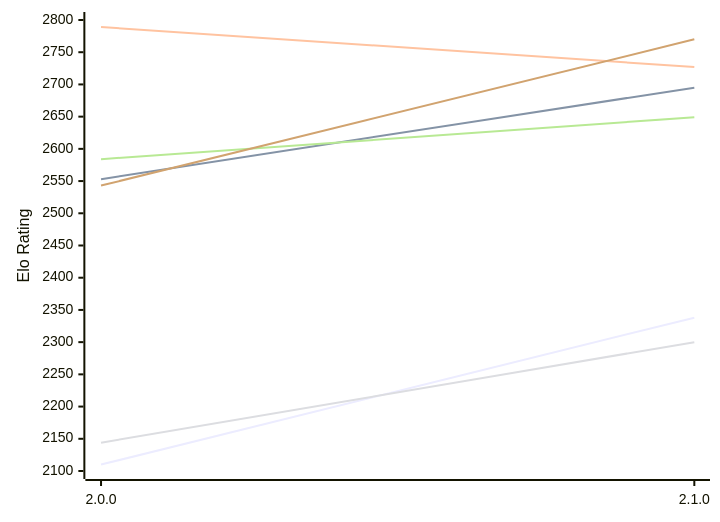
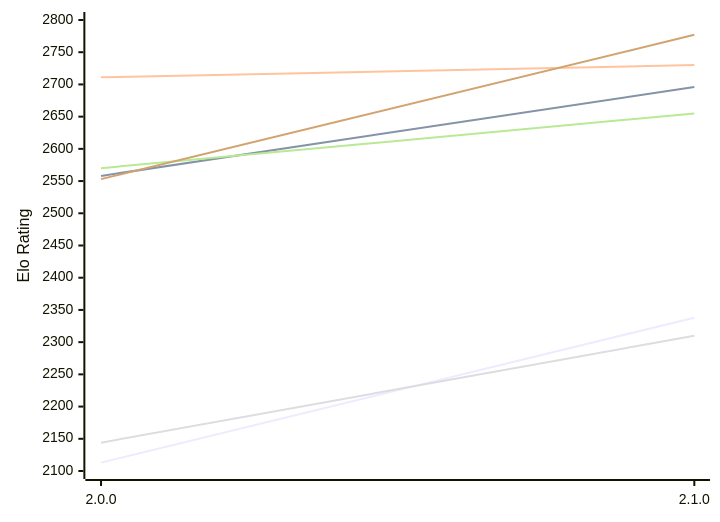
The first of 2 diagrams in engines/Ratsu.md (computer-chess-index/cci), drawn with Mermaid before and after one commit. The commit also changed other lines of this file, not shown here.

Commit message:
Update CCI Ratings (ELO VLTC) - 2026-11-25

````diff
--- a/engines/Ratsu.md
+++ b/engines/Ratsu.md
@@ -54,12 +54,12 @@
 ```mermaid
 %%{init: {"theme":"base","themeVariables":{"seriesColors:['#a3a3a3','#222221','#faa371']}}}%%
 xychart-beta
   x-axis ["2.0.0", "2.1.0"]
   y-axis "Elo Rating" 2100 --> 2800
-  line "E1: STC (8.0+0.08s)" [2110, 2338]
-  line "E1: LTC (60.0+0.60s)" [2553, 2695]
-  line "E1: VLTC (2m24s+1.12s)" [2789, 2727]
-  line "P1: STC (8.0+0.08s)" [2144, 2300]
-  line "P1: LTC (60.0+0.60s)" [2584, 2649]
-  line "P1: VLTC (2m24s+1.12s)" [2543, 2770]
+  line "E1: STC (8.0+0.08s)" [2113, 2338]
+  line "E1: LTC (60.0+0.60s)" [2558, 2696]
+  line "E1: VLTC (2m24s+1.12s)" [2711, 2730]
+  line "P1: STC (8.0+0.08s)" [2144, 2310]
+  line "P1: LTC (60.0+0.60s)" [2570, 2655]
+  line "P1: VLTC (2m24s+1.12s)" [2553, 2777]
 ```
````
